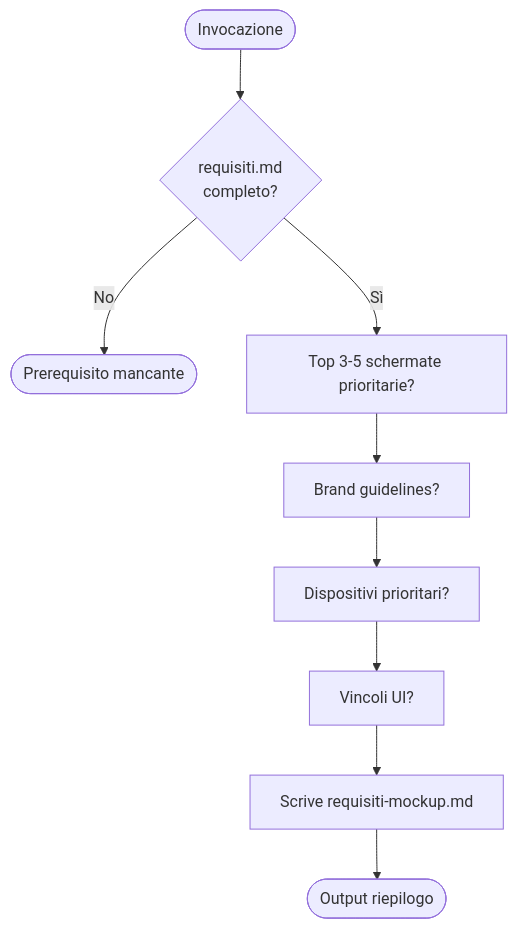
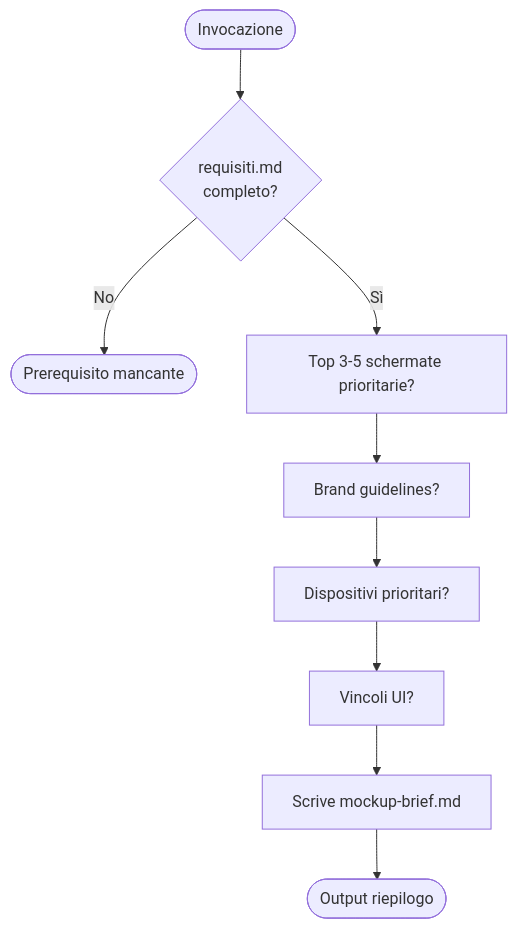
The fifth of 10 diagrams in docs/skills.md (SimoneBriganteLaif/SimoneAI), drawn with Mermaid before and after one commit. The commit also changed other lines of this file and 45 other files, not shown here.

````diff
--- a/docs/skills.md
+++ b/docs/skills.md
@@ -185,11 +185,11 @@
 ```mermaid
 flowchart TD
     START([Invocazione]) --> CHECK{requisiti.md\ncompleto?}
     CHECK -->|No| STOP([Prerequisito mancante])
     CHECK -->|Sì| Q1[Top 3-5 schermate prioritarie?]
     Q1 --> Q2[Brand guidelines?]
     Q2 --> Q3[Dispositivi prioritari?]
     Q3 --> Q4[Vincoli UI?]
-    Q4 --> WRITE[Scrive requisiti-mockup.md]
+    Q4 --> WRITE[Scrive mockup-brief.md]
     WRITE --> DONE([Output riepilogo])
 ```
````
